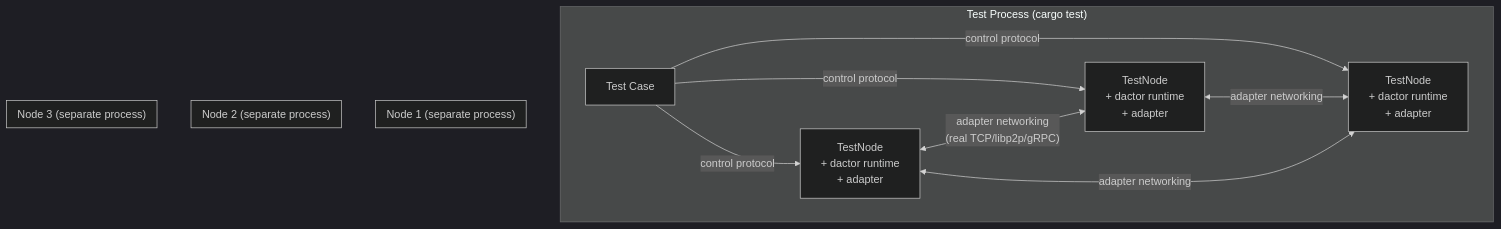
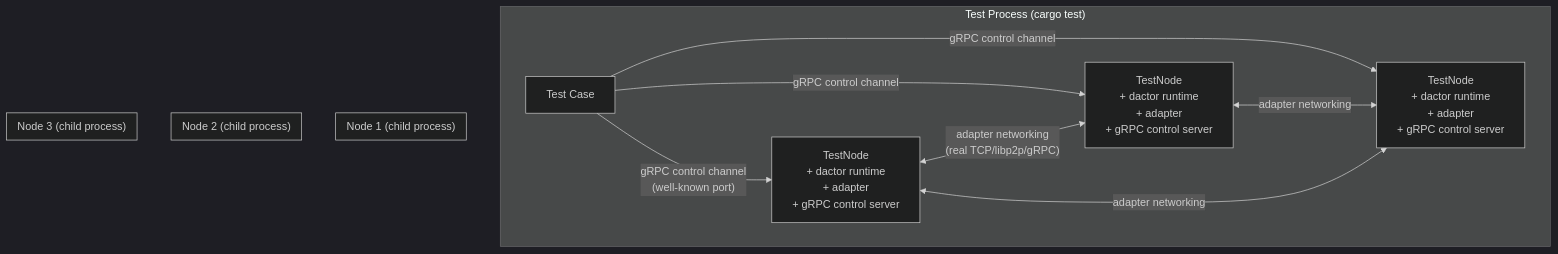
Diagram 41 of 42 in docs/design-v0.2.md (ditas-team/dactor), drawn with Mermaid (dark theme) before and after one commit. The commit also changed other lines of this file and 2 other files, not shown here.

First line of the commit message:
Expand integration test harness design and insert into dev plan

````diff
--- a/docs/design-v0.2.md
+++ b/docs/design-v0.2.md
@@ -7352,21 +7357,21 @@
 ```mermaid
 graph TB
     subgraph "Test Process (cargo test)"
         TC[Test Case]
-        TC -->|control protocol| N1
-        TC -->|control protocol| N2
-        TC -->|control protocol| N3
+        TC -->|"gRPC control channel<br/>(well-known port)"| N1
+        TC -->|"gRPC control channel"| N2
+        TC -->|"gRPC control channel"| N3
     end
-    subgraph "Node 1 (separate process)"
-        N1[TestNode<br/>+ dactor runtime<br/>+ adapter]
+    subgraph "Node 1 (child process)"
+        N1[TestNode<br/>+ dactor runtime<br/>+ adapter<br/>+ gRPC control server]
     end
-    subgraph "Node 2 (separate process)"
-        N2[TestNode<br/>+ dactor runtime<br/>+ adapter]
+    subgraph "Node 2 (child process)"
+        N2[TestNode<br/>+ dactor runtime<br/>+ adapter<br/>+ gRPC control server]
     end
-    subgraph "Node 3 (separate process)"
-        N3[TestNode<br/>+ dactor runtime<br/>+ adapter]
+    subgraph "Node 3 (child process)"
+        N3[TestNode<br/>+ dactor runtime<br/>+ adapter<br/>+ gRPC control server]
     end
     N1 <-->|"adapter networking<br/>(real TCP/libp2p/gRPC)"| N2
     N2 <-->|"adapter networking"| N3
     N1 <-->|"adapter networking"| N3
 ```
````
